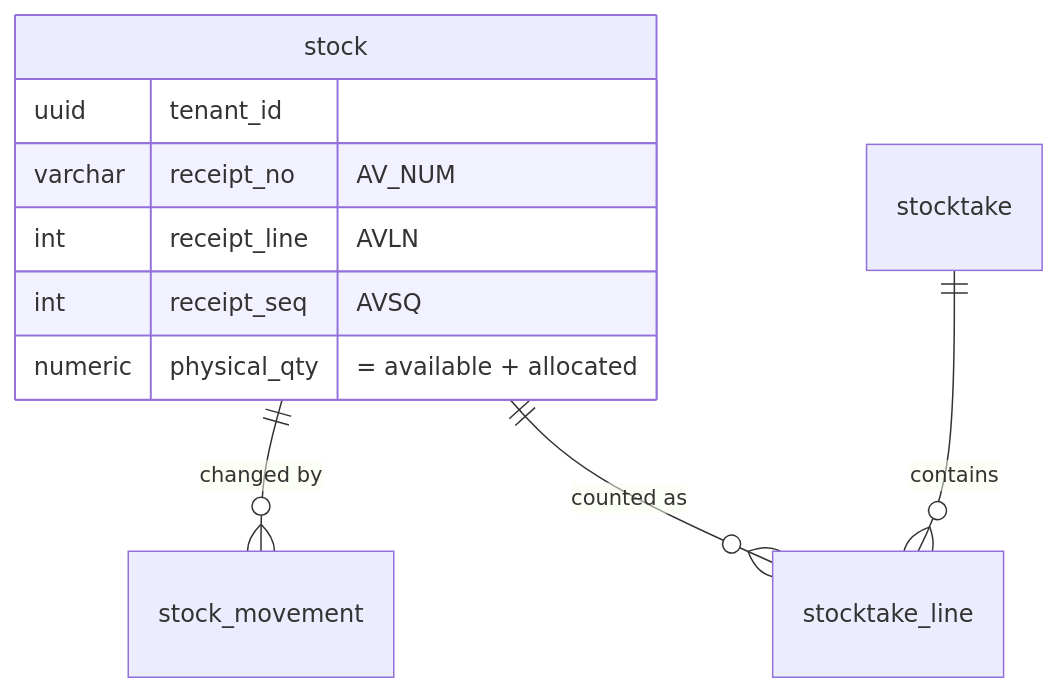
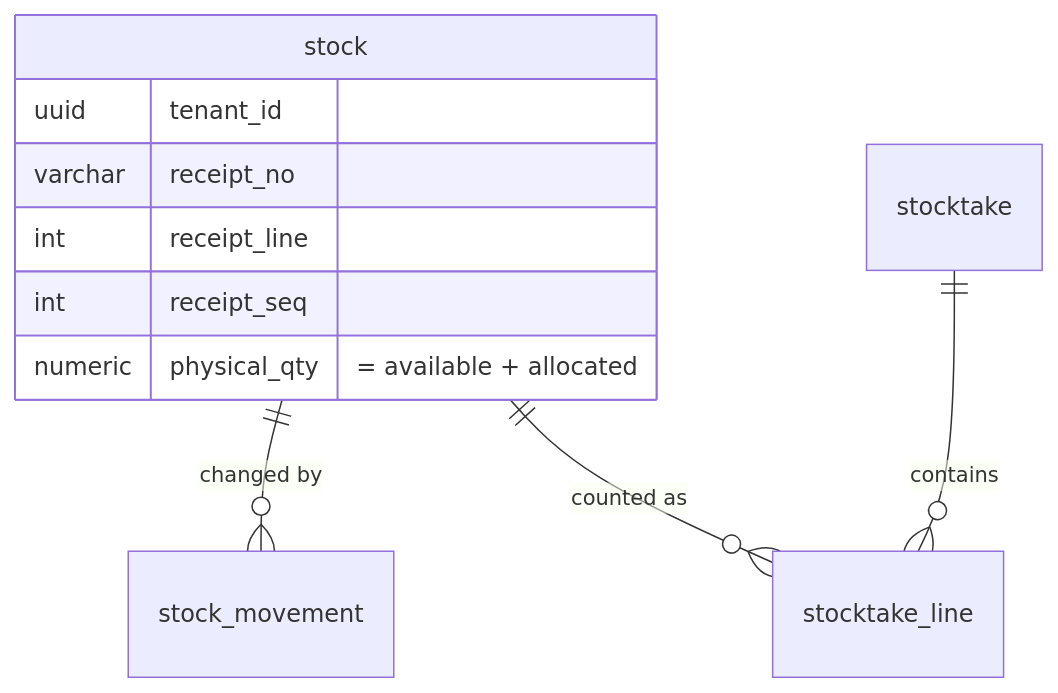
Before and after one commit to bac-ta/microservice-architecture: the third of 3 diagrams in database/README.md, drawn with Mermaid. The commit also changed other lines of this file and 72 other files, not shown here.

````diff
--- a/database/README.md
+++ b/database/README.md
@@ -240,13 +222,13 @@
 ```mermaid
 erDiagram
     stock ||--o{ stock_movement : "changed by"
     stocktake ||--o{ stocktake_line : contains
     stock ||--o{ stocktake_line : "counted as"
     stock {
         uuid tenant_id
-        varchar receipt_no "AV_NUM"
-        int receipt_line "AVLN"
-        int receipt_seq "AVSQ"
+        varchar receipt_no
+        int receipt_line
+        int receipt_seq
         numeric physical_qty "= available + allocated"
     }
 ```
````
